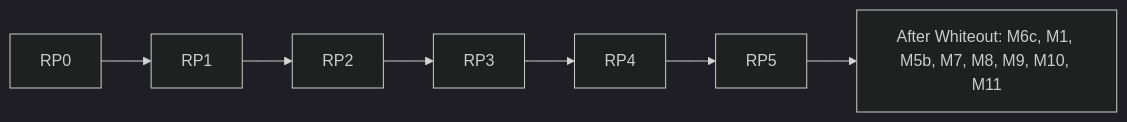
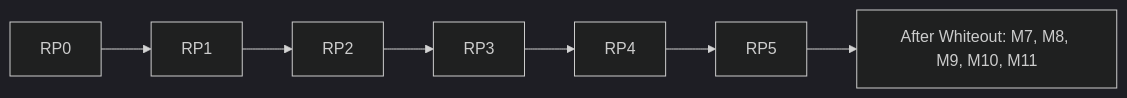
The second of 2 diagrams in specs/shared-primitive-layer.md (a16z/jolt), drawn with Mermaid (dark theme) before and after one commit. The commit also changed other lines of this file, not shown here.

Commit message:
docs(specs): keep Whiteout's lattice back end in jolt-zk and jolt-crypto

````diff
--- a/specs/shared-primitive-layer.md
+++ b/specs/shared-primitive-layer.md
@@ -465,5 +511,5 @@
 ```mermaid
 graph LR
   RP0 --> RP1 --> RP2 --> RP3 --> RP4 --> RP5
-  RP5 --> After["After Whiteout: M6c, M1, M5b, M7, M8, M9, M10, M11"]
+  RP5 --> After["After Whiteout: M7, M8, M9, M10, M11"]
 ```
````
